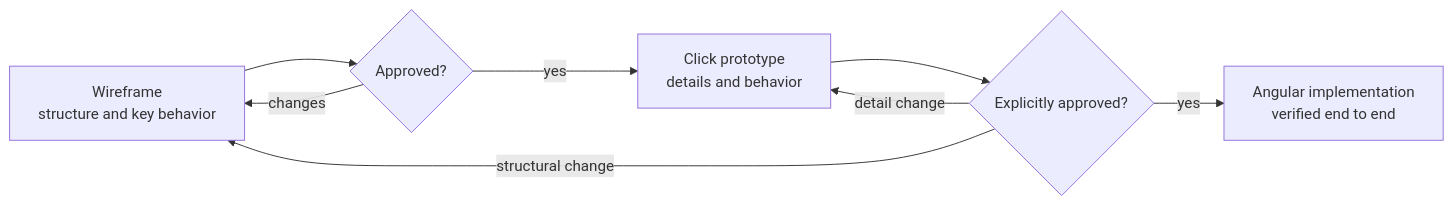
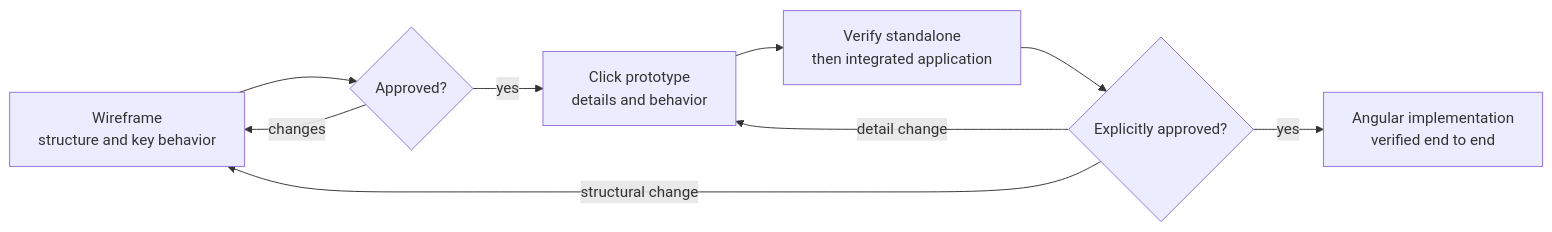
One commit to eG-dev/MONkEY changed the diagram in docs/ADR/ADR-0013-wireframes-and-click-prototypes.md. Above: the diagram before and after it, drawn with Mermaid. The commit also changed other lines of this file and 51 other files, not shown here.

````diff
--- a/docs/ADR/ADR-0013-wireframes-and-click-prototypes.md
+++ b/docs/ADR/ADR-0013-wireframes-and-click-prototypes.md
@@ -23,10 +24,11 @@
 ```mermaid
 flowchart LR
     W[Wireframe<br>structure and key behavior] --> A{Approved?}
     A -- changes --> W
     A -- yes --> P[Click prototype<br>details and behavior]
-    P --> R{Explicitly approved?}
+    P --> V[Verify standalone<br>then integrated application]
+    V --> R{Explicitly approved?}
     R -- structural change --> W
     R -- detail change --> P
     R -- yes --> I[Angular implementation<br>verified end to end]
 ```
````
